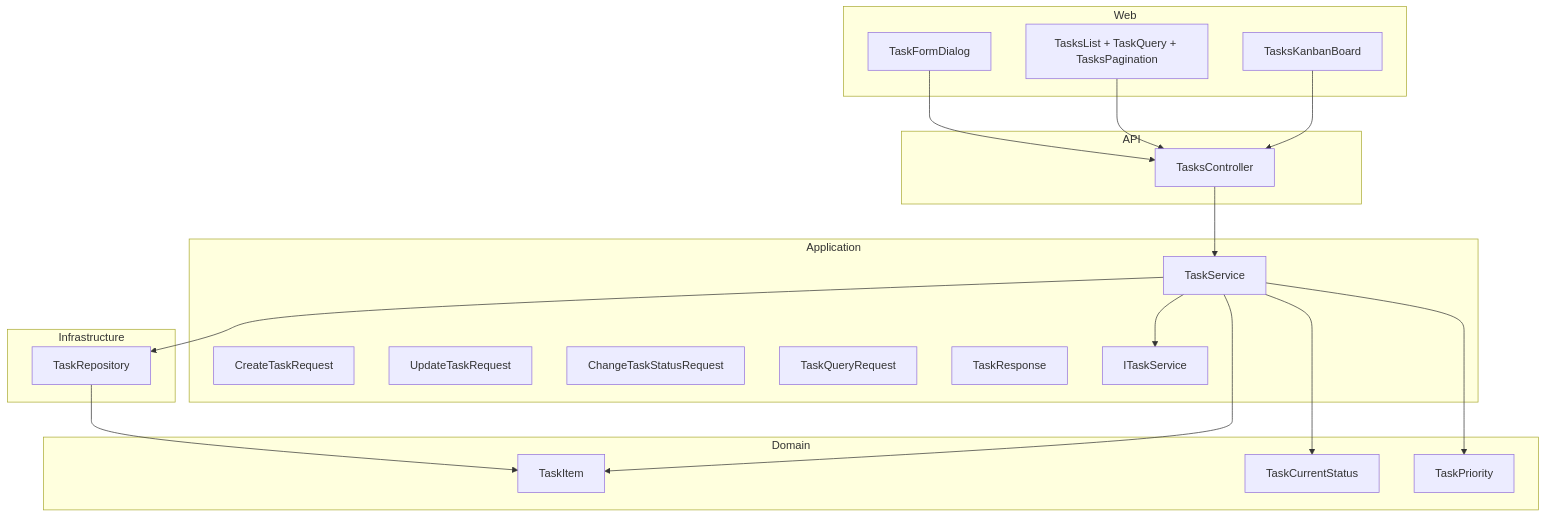
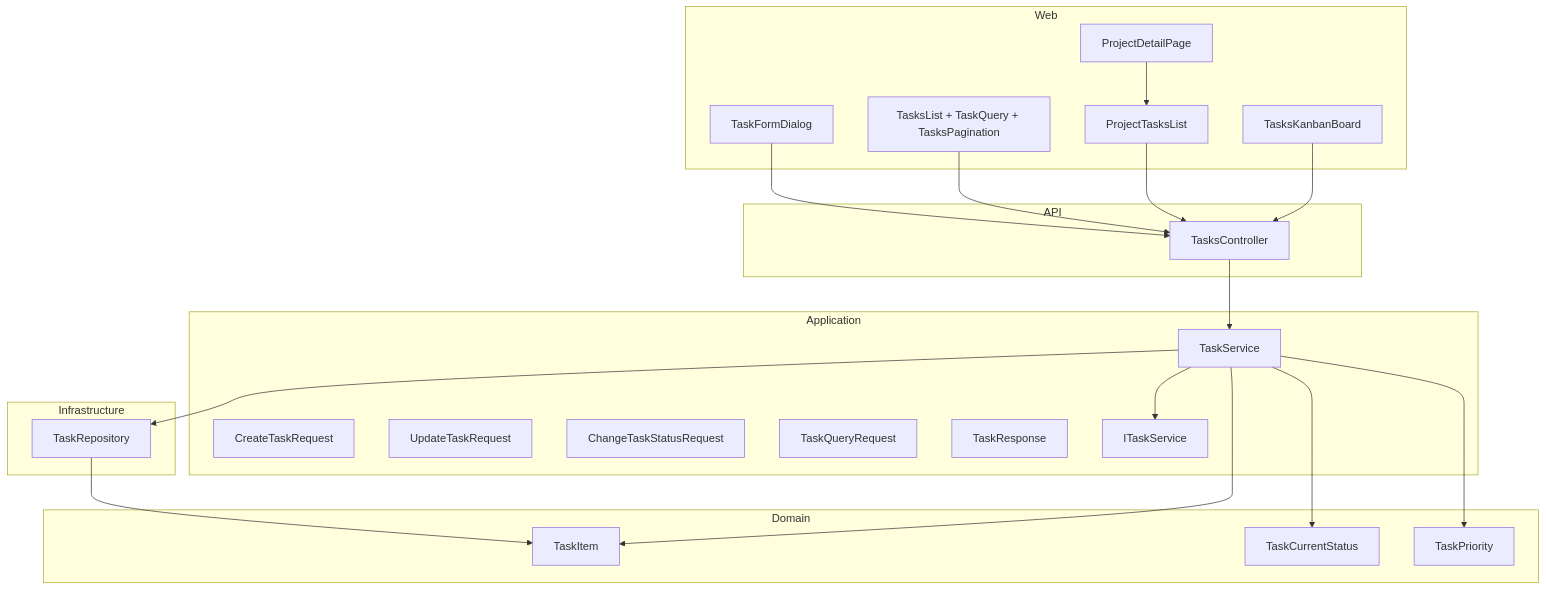
The first of 10 diagrams in .qoder/repowiki/en/content/Task Management Feature/Task Management Feature.md (jejejesus/TaskFlow), drawn with Mermaid before and after one commit. The commit also changed other lines of this file and 21 other files, not shown here.

````diff
--- a/.qoder/repowiki/en/content/Task Management Feature/Task Management Feature.md
+++ b/.qoder/repowiki/en/content/Task Management Feature/Task Management Feature.md
@@ -43,38 +55,42 @@
 ```mermaid
 graph TB
 subgraph "Domain"
 D_Task["TaskItem"]
 D_Status["TaskCurrentStatus"]
 D_Priority["TaskPriority"]
 end
 subgraph "Application"
 A_Create["CreateTaskRequest"]
 A_Update["UpdateTaskRequest"]
 A_StatusReq["ChangeTaskStatusRequest"]
 A_Query["TaskQueryRequest"]
 A_Response["TaskResponse"]
 A_Service["TaskService"]
 A_Interface["ITaskService"]
 end
 subgraph "Infrastructure"
 I_Repo["TaskRepository"]
 end
 subgraph "API"
 C_Tasks["TasksController"]
 end
 subgraph "Web"
 W_Form["TaskFormDialog"]
 W_List["TasksList + TaskQuery + TasksPagination"]
+W_ProjectList["ProjectTasksList"]
 W_Kanban["TasksKanbanBoard"]
+W_ProjectPage["ProjectDetailPage"]
 end
 C_Tasks --> A_Service
 A_Service --> A_Interface
 A_Service --> I_Repo
 I_Repo --> D_Task
 A_Service --> D_Task
 A_Service --> D_Status
 A_Service --> D_Priority
 W_Form --> C_Tasks
 W_List --> C_Tasks
+W_ProjectList --> C_Tasks
+W_ProjectPage --> W_ProjectList
 W_Kanban --> C_Tasks
 ```
````
